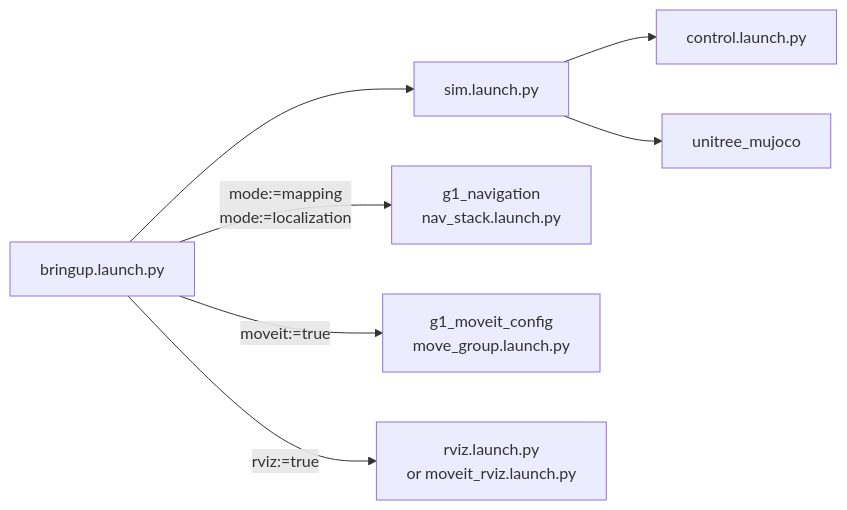
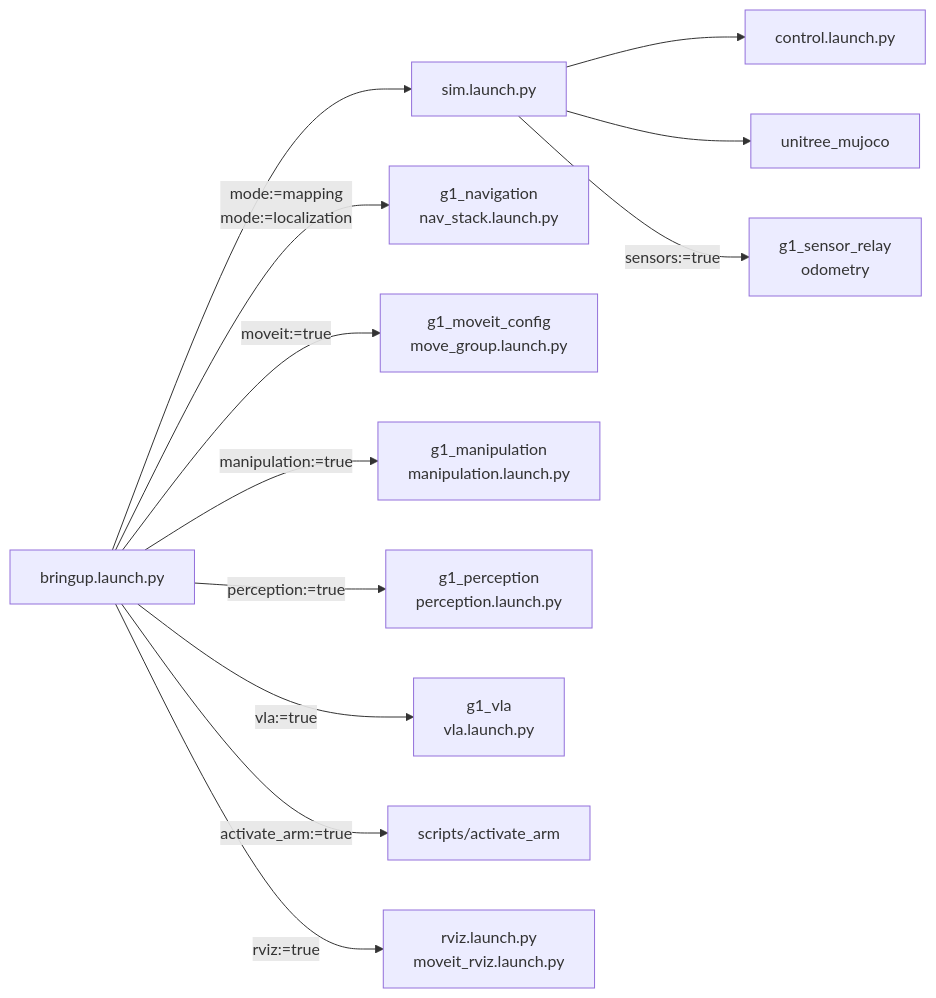
Before and after one commit to Adyansh04/grove-g1: the diagram in workspace/src/g1_bringup/README.md, drawn with Mermaid. The commit also changed other lines of this file and 327 other files, not shown here.

````diff
--- a/workspace/src/g1_bringup/README.md
+++ b/workspace/src/g1_bringup/README.md
@@ -8,10 +9,15 @@
 ```mermaid
 flowchart LR
     B["bringup.launch.py"]
     B --> S["sim.launch.py"]
     B -->|"mode:=mapping<br/>mode:=localization"| N["g1_navigation<br/>nav_stack.launch.py"]
     B -->|"moveit:=true"| MG["g1_moveit_config<br/>move_group.launch.py"]
-    B -->|"rviz:=true"| R["rviz.launch.py<br/>or moveit_rviz.launch.py"]
+    B -->|"manipulation:=true"| MA["g1_manipulation<br/>manipulation.launch.py"]
+    B -->|"perception:=true"| P["g1_perception<br/>perception.launch.py"]
+    B -->|"vla:=true"| V["g1_vla<br/>vla.launch.py"]
+    B -->|"activate_arm:=true"| A["scripts/activate_arm"]
+    B -->|"rviz:=true"| R["rviz.launch.py<br/>moveit_rviz.launch.py"]
     S --> C["control.launch.py"]
     S --> MJ["unitree_mujoco"]
+    S -->|"sensors:=true"| SR["g1_sensor_relay<br/>odometry"]
 ```
````
